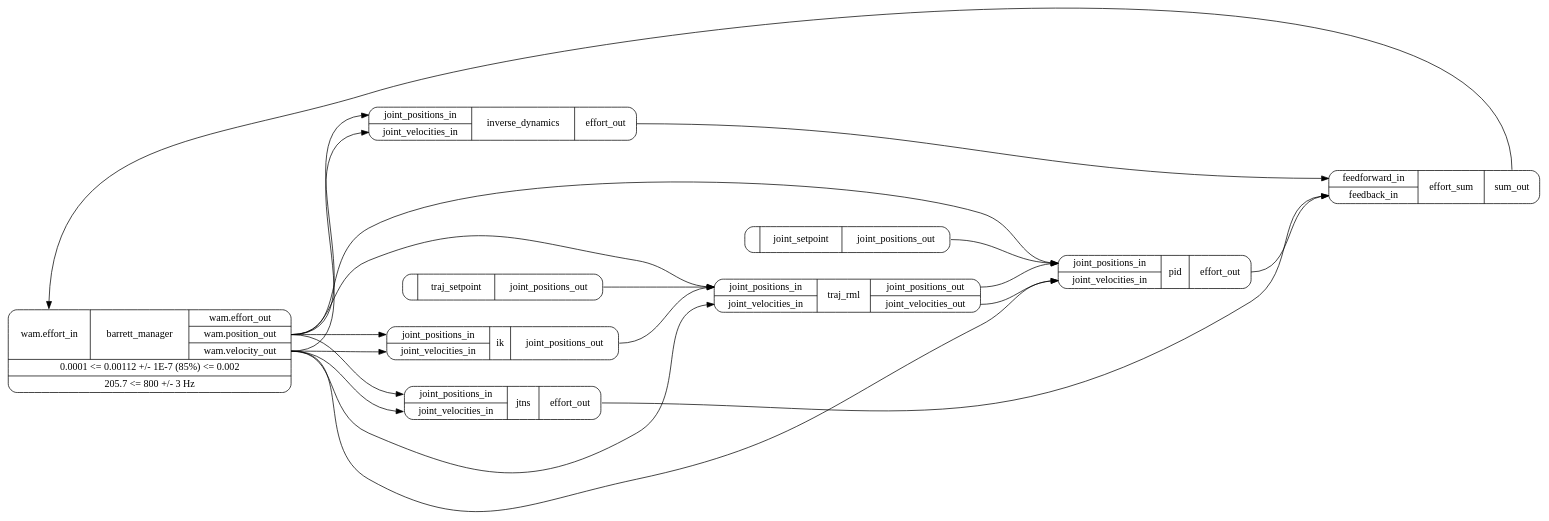
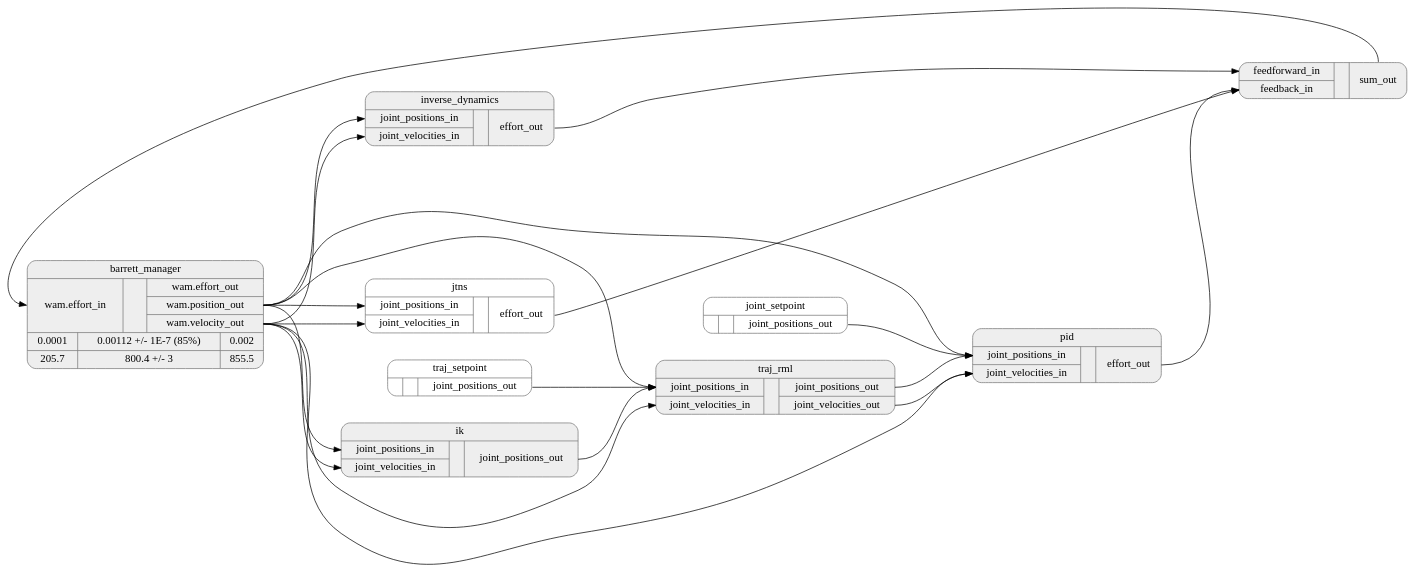
One commit to jbohren/conman changed the diagram in conman/graph_test.dot. Above: the diagram before and after it, drawn with Graphviz. The commit also changed 3 other files, not shown here.

```diff
--- a/conman/graph_test.dot
+++ b/conman/graph_test.dot
@@ -1,44 +1,47 @@
 digraph scheme {
   //graph [fontsize=30 labelloc="t" label="" splines=true overlap=false rankdir = "LR" constraint=false rank=min];
+  graph [splines=true, overlap=false]
   rankdir=LR;
   nodesep=0.5;
   ranksep=1.5;
   fontname="sans";
 
-  node [style=rounded]
+  node [style="rounded,filled",fontsize=15,color="#777777",fillcolor="#eeeeee"]
 
-  barrett_manager [shape=record,label="{{<i0>wam.effort_in}|\N|{<o0>wam.effort_out|<o1>wam.position_out|<o2>wam.velocity_out}}|{0.0001 \<= 0.00112 +/- 1E-7 (85%) \<= 0.002}|{ 205.7 \<= 800 +/- 3 Hz }"];
-  jtns [shape=record,label="{{<i0>joint_positions_in|<i1>joint_velocities_in}|\N|{<o0>effort_out}}"];
-  ik [shape=record,label="{{<i0>joint_positions_in|<i1>joint_velocities_in}|\N|{<o0>joint_positions_out}}"];
-  traj_setpoint [shape=record,label="{|\N|{<o0>joint_positions_out}}"];
-  joint_setpoint [shape=record,label="{|\N|{<o0>joint_positions_out}}"];
-  pid [shape=record,label="{{<i0>joint_positions_in|<i1>joint_velocities_in}|\N|{<o0>effort_out}}"];
-  traj_rml [shape=record,label="{{<i0>joint_positions_in|<i1>joint_velocities_in}|\N|{<o0>joint_positions_out|<o1>joint_velocities_out}}"];
-  effort_sum [shape=record,label="{{<i0>feedforward_in|<i1>feedback_in}|\N|{<o0>sum_out}}"];
-  inverse_dynamics [shape=record,label="{{<i0>joint_positions_in|<i1>joint_velocities_in}|\N|{<o0>effort_out}}"];
+  barrett_manager [
+    shape=record,
+    label="\N|{{<i0>wam.effort_in}| |{<o0>wam.effort_out|<o1>wam.position_out|<o2>wam.velocity_out}}|{{0.0001|205.7}|{0.00112 +/- 1E-7 (85%)|800.4 +/- 3} | {0.002|855.5}}"];
+  jtns [fillcolor="#ffffff",shape=record,label="\N|{{<i0>joint_positions_in|<i1>joint_velocities_in}| |{<o0>effort_out}}"];
+  ik [shape=record,label="\N|{{<i0>joint_positions_in|<i1>joint_velocities_in}| |{<o0>joint_positions_out}}"];
+  traj_setpoint [fillcolor="#ffffff",shape=record,label="\N|{| |{<o0>joint_positions_out}}"];
+  joint_setpoint [fillcolor="#ffffff",shape=record,label="\N|{| |{<o0>joint_positions_out}}"];
+  pid [shape=record,label="\N|{{<i0>joint_positions_in|<i1>joint_velocities_in}| |{<o0>effort_out}}"];
+  traj_rml [shape=record,label="\N|{{<i0>joint_positions_in|<i1>joint_velocities_in}| |{<o0>joint_positions_out|<o1>joint_velocities_out}}"];
+  effort_sum [shape=record,label="{{<i0>feedforward_in|<i1>feedback_in}| |{<o0>sum_out}}"];
+  inverse_dynamics [shape=record,label="\N|{{<i0>joint_positions_in|<i1>joint_velocities_in}| |{<o0>effort_out}}"];
 
   jtns:o0 -> effort_sum:i1;
   traj_rml:o0 -> pid:i0;
   ik:o0 -> traj_rml:i0;
   traj_setpoint:o0 -> traj_rml:i0;
   joint_setpoint:o0 -> pid:i0;
   traj_rml:o1 -> pid:i1;
   pid:o0 -> effort_sum:i1 [weight=1];
   inverse_dynamics:o0 -> effort_sum:i0 [weight=1];
   effort_sum:o0 -> barrett_manager:i0 [weight=1];
 
   barrett_manager:o1 -> jtns:i0;
   barrett_manager:o2 -> jtns:i1;
 
   barrett_manager:o1 -> pid:i0;
   barrett_manager:o2 -> pid:i1;
   
   barrett_manager:o1 -> traj_rml:i0;
   barrett_manager:o2 -> traj_rml:i1;
 
   barrett_manager:o1 -> inverse_dynamics:i0;
   barrett_manager:o2 -> inverse_dynamics:i1;
 
   barrett_manager:o1 -> ik:i0;
   barrett_manager:o2 -> ik:i1;
 }
```
